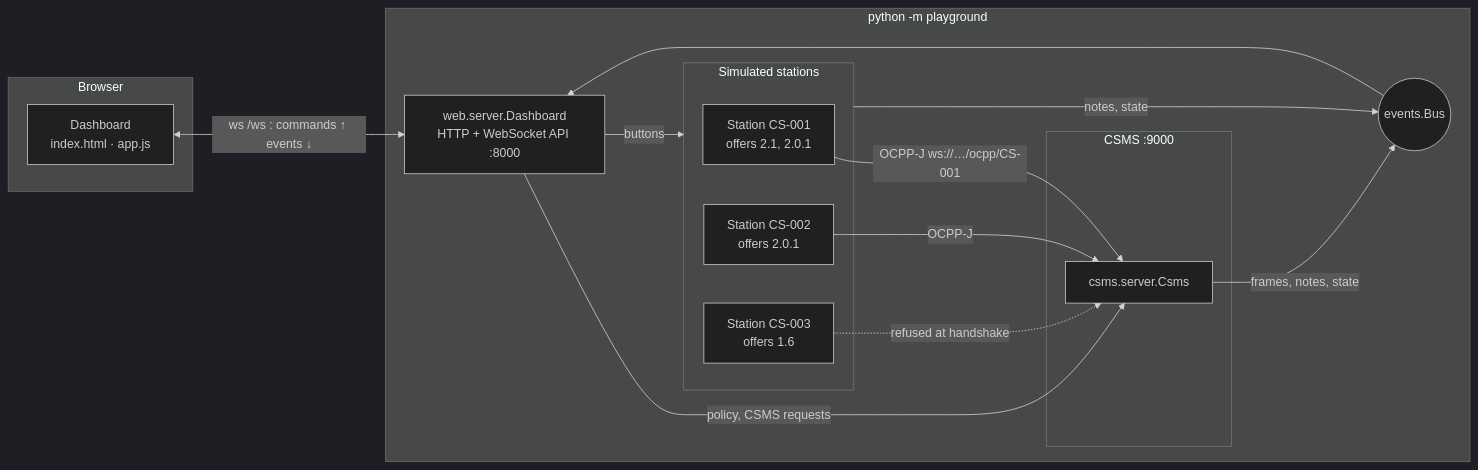
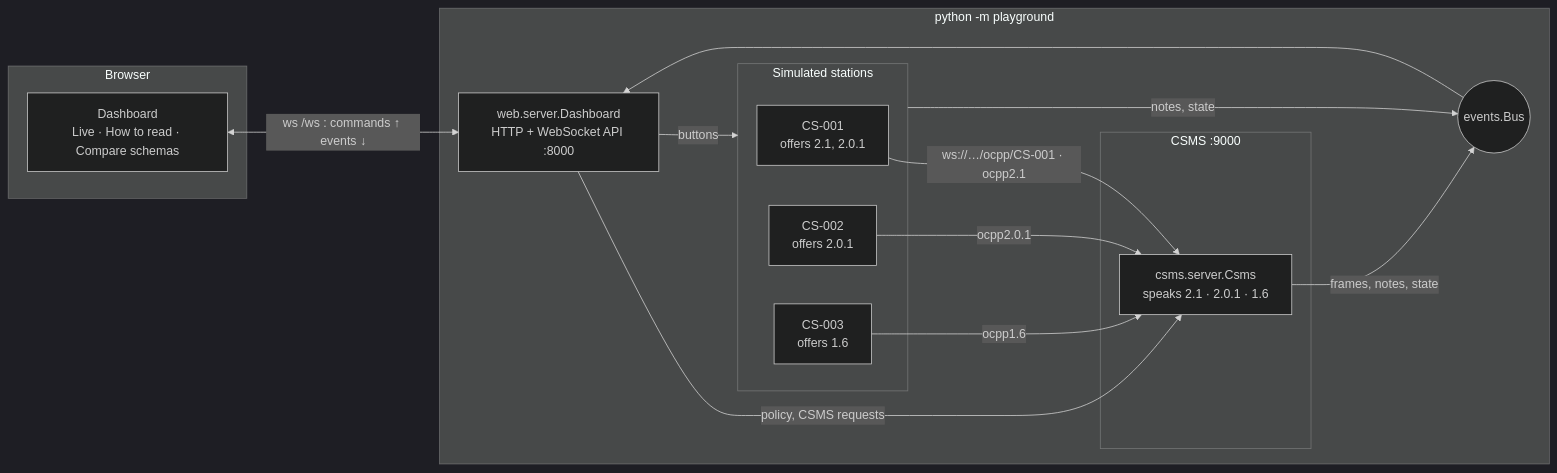
One commit to YAxelY/ocpp-playground changed the first of 9 diagrams in docs/architecture.md. Above: the diagram before and after it, drawn with Mermaid (dark theme). The commit also changed other lines of this file and 37 other files, not shown here.

First line of the commit message:
Add OCPP 1.6, picture-based dashboard and 3-version schema comparison

````diff
--- a/docs/architecture.md
+++ b/docs/architecture.md
@@ -10,27 +12,27 @@
 ```mermaid
 flowchart LR
     subgraph Browser
-        UI["Dashboard<br/>index.html · app.js"]
+        UI["Dashboard<br/>Live · How to read · Compare schemas"]
     end
     subgraph Process["python -m playground"]
         WEB["web.server.Dashboard<br/>HTTP + WebSocket API :8000"]
         BUS(("events.Bus"))
         subgraph CSMSBOX["CSMS :9000"]
-            SRV["csms.server.Csms"]
+            SRV["csms.server.Csms<br/>speaks 2.1 · 2.0.1 · 1.6"]
         end
         subgraph Stations["Simulated stations"]
-            S1["Station CS-001<br/>offers 2.1, 2.0.1"]
-            S2["Station CS-002<br/>offers 2.0.1"]
-            S3["Station CS-003<br/>offers 1.6"]
+            S1["CS-001<br/>offers 2.1, 2.0.1"]
+            S2["CS-002<br/>offers 2.0.1"]
+            S3["CS-003<br/>offers 1.6"]
         end
     end
     UI <-->|"ws /ws : commands ↑ events ↓"| WEB
-    S1 -->|"OCPP-J ws://…/ocpp/CS-001"| SRV
-    S2 -->|"OCPP-J"| SRV
-    S3 -.->|"refused at handshake"| SRV
+    S1 -->|"ws://…/ocpp/CS-001 · ocpp2.1"| SRV
+    S2 -->|"ocpp2.0.1"| SRV
+    S3 -->|"ocpp1.6"| SRV
     SRV -- "frames, notes, state" --> BUS
     Stations -- "notes, state" --> BUS
     BUS --> WEB
     WEB -- "buttons" --> Stations
     WEB -- "policy, CSMS requests" --> SRV
 ```
````
